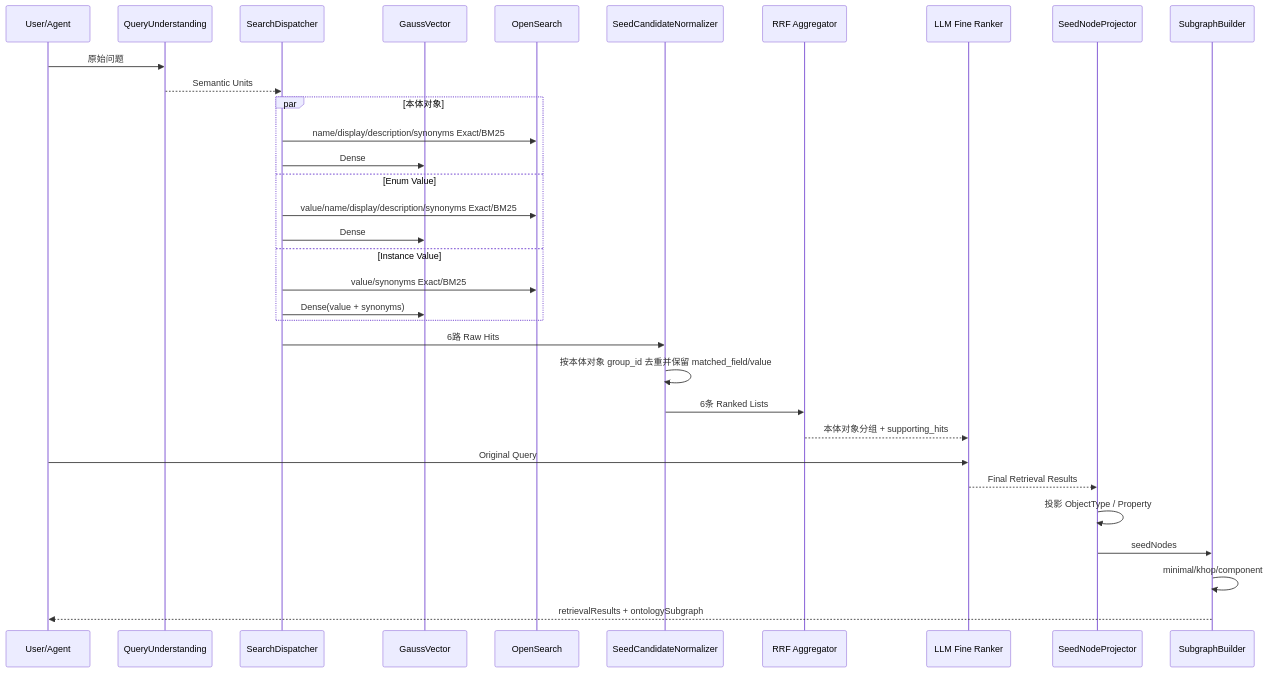
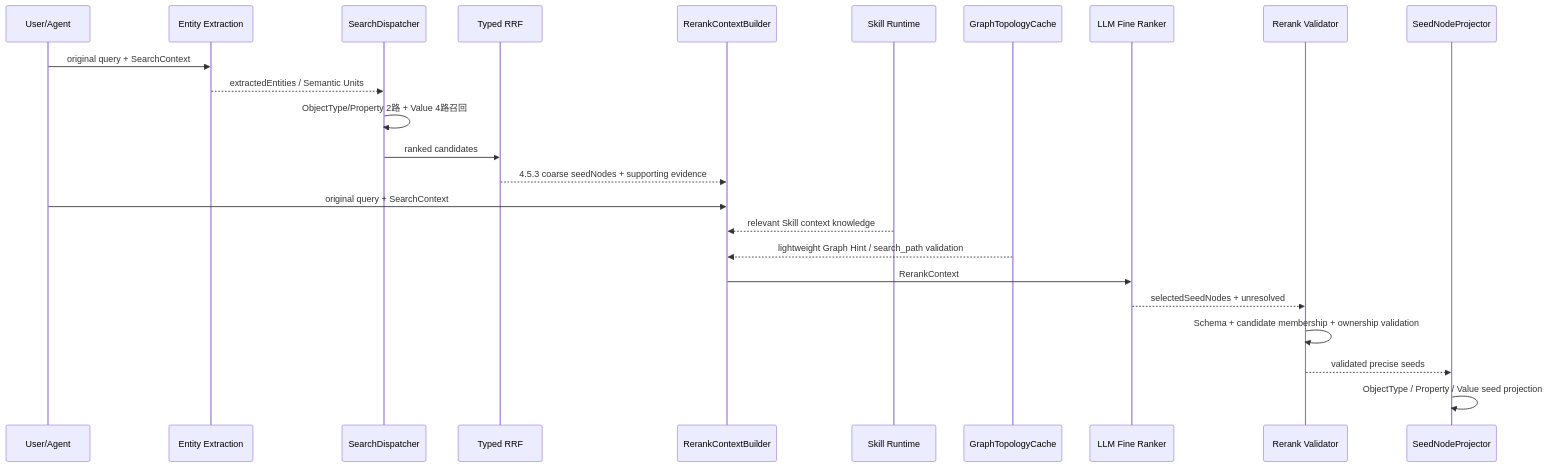
Before and after one commit to cfwl100/onology_dsl: the ninth of 9 diagrams in docs/OAG本体锚点语义检索与向量索引设计方案.md, drawn with Mermaid. The commit also changed other lines of this file and 2 other files, not shown here.

Commit message:
docs: add LLM seed rerank prompts and context pruning design

````diff
--- a/docs/OAG本体锚点语义检索与向量索引设计方案.md
+++ b/docs/OAG本体锚点语义检索与向量索引设计方案.md
@@ -4674,38 +5204,27 @@
 ```mermaid
 sequenceDiagram
     participant U as User/Agent
-    participant QU as QueryUnderstanding
+    participant EE as Entity Extraction
     participant D as SearchDispatcher
-    participant GV as GaussVector
-    participant OS as OpenSearch
-    participant N as SeedCandidateNormalizer
-    participant R as RRF Aggregator
+    participant R as Typed RRF
+    participant C as RerankContextBuilder
+    participant S as Skill Runtime
+    participant T as GraphTopologyCache
     participant L as LLM Fine Ranker
+    participant V as Rerank Validator
     participant P as SeedNodeProjector
-    participant G as SubgraphBuilder
 
-    U->>QU: 原始问题
-    QU-->>D: Semantic Units
-
-    par 本体对象
-      D->>OS: name/display/description/synonyms Exact/BM25
-      D->>GV: Dense
-    and Enum Value
-      D->>OS: value/name/display/description/synonyms Exact/BM25
-      D->>GV: Dense
-    and Instance Value
-      D->>OS: value/synonyms Exact/BM25
-      D->>GV: Dense(value + synonyms)
-    end
-
-    D->>N: 6路 Raw Hits
-    N->>N: 按本体对象 group_id 去重并保留 matched_field/value
-    N->>R: 6条 Ranked Lists
-    R-->>L: 本体对象分组 + supporting_hits
-    U->>L: Original Query
-    L-->>P: Final Retrieval Results
-    P->>P: 投影 ObjectType / Property
-    P->>G: seedNodes
-    G->>G: minimal/khop/component
-    G-->>U: retrievalResults + ontologySubgraph
+    U->>EE: original query + SearchContext
+    EE-->>D: extractedEntities / Semantic Units
+    D->>D: ObjectType/Property 2路 + Value 4路召回
+    D->>R: ranked candidates
+    R-->>C: 4.5.3 coarse seedNodes + supporting evidence
+    U->>C: original query + SearchContext
+    S-->>C: relevant Skill context knowledge
+    T-->>C: lightweight Graph Hint / search_path validation
+    C->>L: RerankContext
+    L-->>V: selectedSeedNodes + unresolved
+    V->>V: Schema + candidate membership + ownership validation
+    V-->>P: validated precise seeds
+    P->>P: ObjectType / Property / Value seed projection
 ```
````
